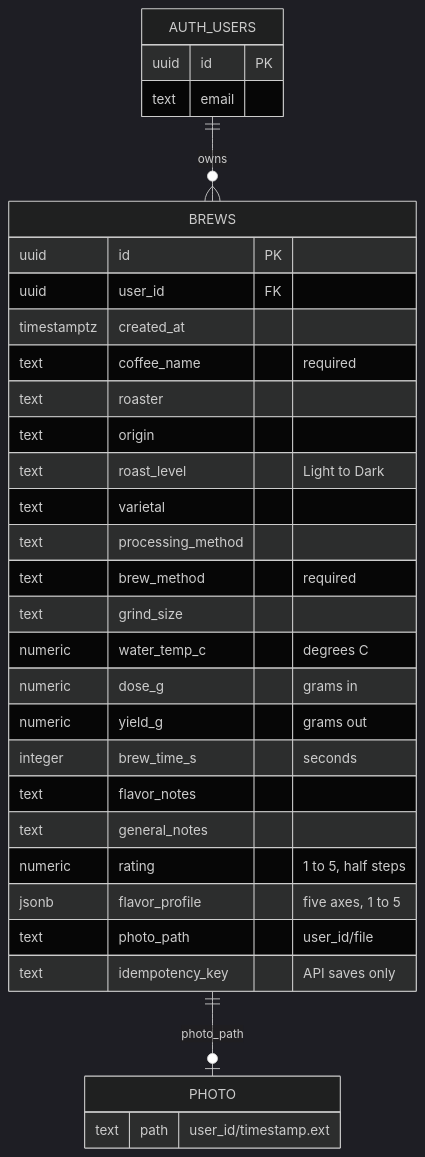
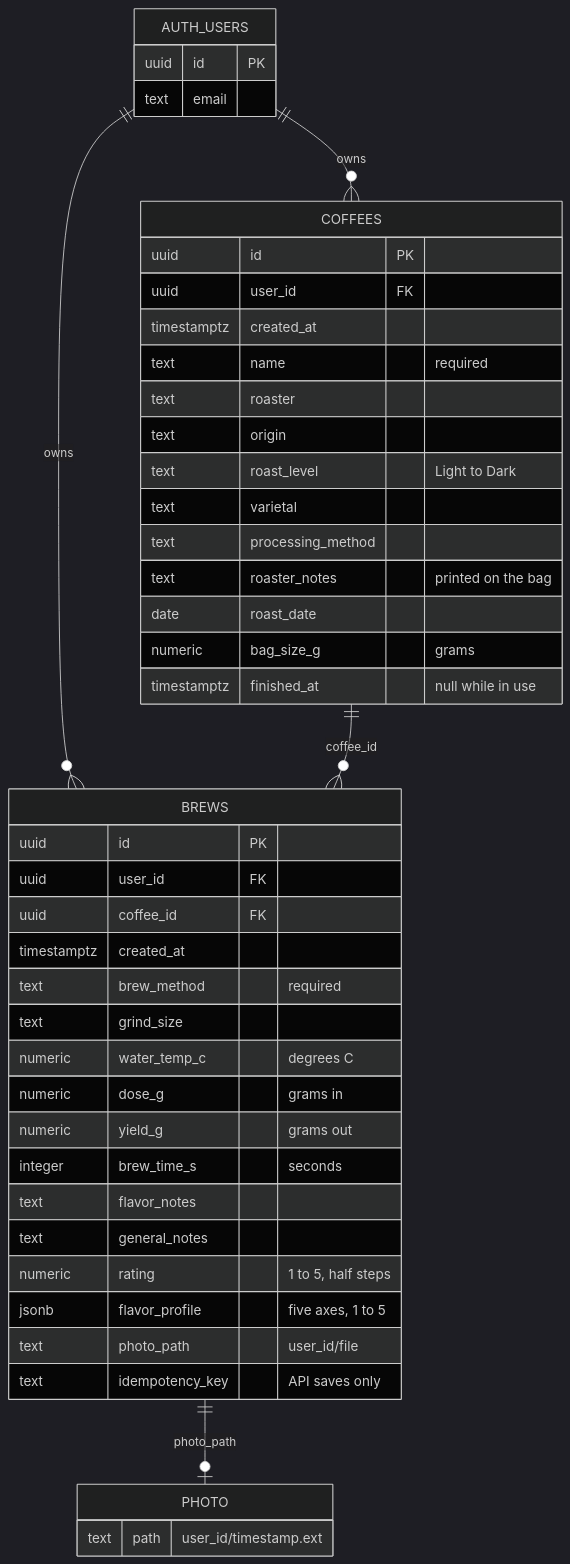
One commit to antmelon/BruLogger changed the fourth of 6 diagrams in README.md. Above: the diagram before and after it, drawn with Mermaid (dark theme). The commit also changed other lines of this file and 47 other files, not shown here.

First line of the commit message:
Coffees: a coffees table that brews link to, and a Coffees tab

````diff
--- a/README.md
+++ b/README.md
@@ -193,38 +200,51 @@
 ```mermaid
 erDiagram
+  AUTH_USERS ||--o{ COFFEES : owns
   AUTH_USERS ||--o{ BREWS : owns
+  COFFEES ||--o{ BREWS : "coffee_id"
   BREWS ||--o| PHOTO : "photo_path"
 
   AUTH_USERS {
     uuid id PK
     text email
   }
 
-  BREWS {
+  COFFEES {
     uuid id PK
     uuid user_id FK
     timestamptz created_at
-    text coffee_name "required"
+    text name "required"
     text roaster
     text origin
     text roast_level "Light to Dark"
     text varietal
     text processing_method
+    text roaster_notes "printed on the bag"
+    date roast_date
+    numeric bag_size_g "grams"
+    timestamptz finished_at "null while in use"
+  }
+
+  BREWS {
+    uuid id PK
+    uuid user_id FK
+    uuid coffee_id FK
+    timestamptz created_at
     text brew_method "required"
     text grind_size
     numeric water_temp_c "degrees C"
     numeric dose_g "grams in"
     numeric yield_g "grams out"
     integer brew_time_s "seconds"
     text flavor_notes
     text general_notes
     numeric rating "1 to 5, half steps"
     jsonb flavor_profile "five axes, 1 to 5"
     text photo_path "user_id/file"
     text idempotency_key "API saves only"
   }
 
   PHOTO {
     text path "user_id/timestamp.ext"
   }
 ```
````
